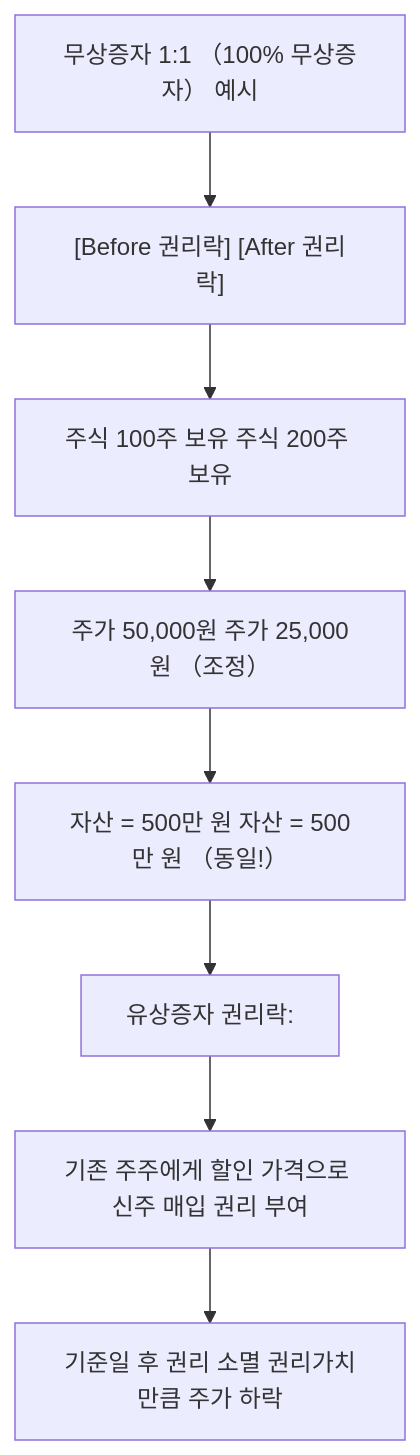
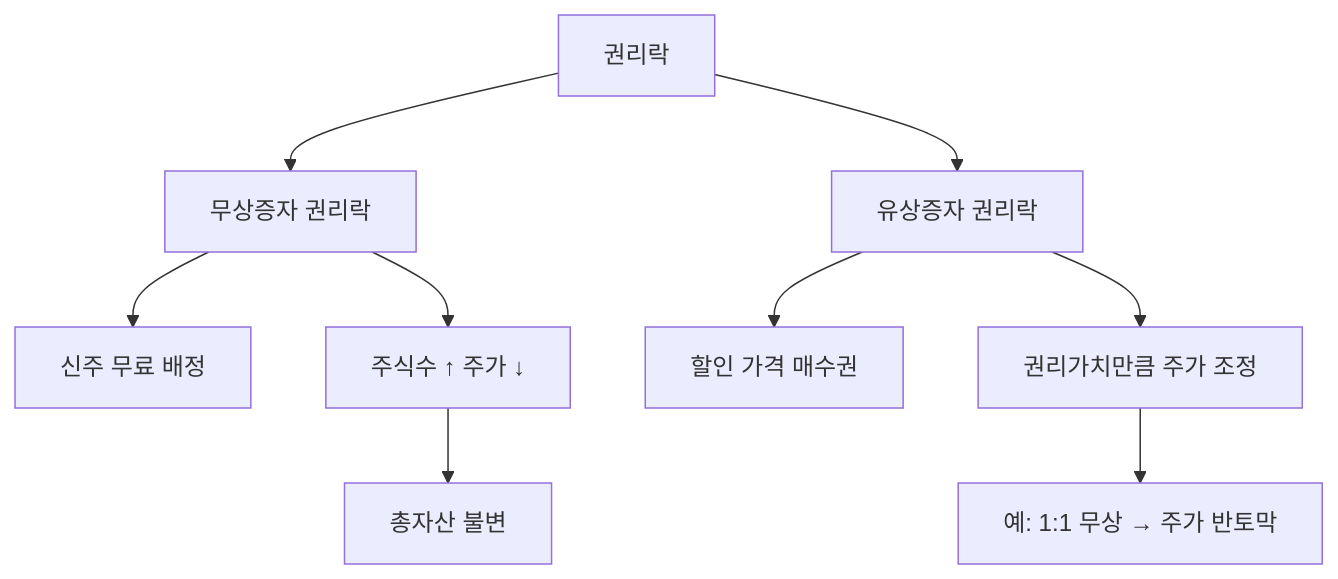
Before and after one commit to yeongseon/stock-visual-note: the diagram in content/stock-terms/ko/level-06-events/ex-rights.md, drawn with Mermaid. The commit also changed other lines of this file and 96 other files, not shown here.

Commit message:
Rewrite all 98 remaining articles: branching Mermaid diagrams, natural search_intent, compelling seo_titles, clean descriptions

````diff
--- a/content/stock-terms/ko/level-06-events/ex-rights.md
+++ b/content/stock-terms/ko/level-06-events/ex-rights.md
@@ -39,18 +39,12 @@
 ```mermaid
 graph TD
-    N0["무상증자 1:1 （100% 무상증자） 예시"]
-    N1["[Before 권리락] [After 권리락]"]
-    N2["주식 100주 보유 주식 200주 보유"]
-    N3["주가 50,000원 주가 25,000원 （조정）"]
-    N4["자산 = 500만 원 자산 = 500만 원 （동일!）"]
-    N5["유상증자 권리락:"]
-    N6["기존 주주에게 할인 가격으로 신주 매입 권리 부여"]
-    N7["기준일 후 권리 소멸 권리가치만큼 주가 하락"]
-    N0 --> N1
-    N1 --> N2
-    N2 --> N3
-    N3 --> N4
-    N4 --> N5
-    N5 --> N6
-    N6 --> N7
+    A["권리락"]
+    A --> B["무상증자 권리락"]
+    A --> C["유상증자 권리락"]
+    B --> B1["신주 무료 배정"]
+    B --> B2["주식수 ↑ 주가 ↓"]
+    B2 --> D["총자산 불변"]
+    C --> C1["할인 가격 매수권"]
+    C --> C2["권리가치만큼 주가 조정"]
+    C2 --> E["예: 1:1 무상 → 주가 반토막"]
 ```
````
